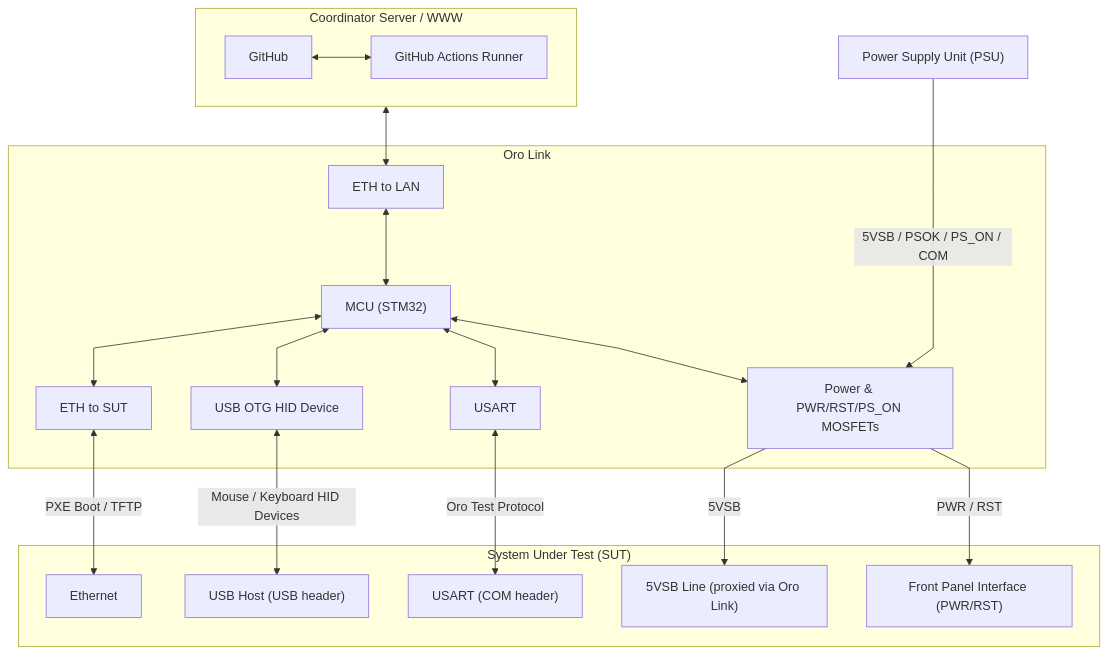
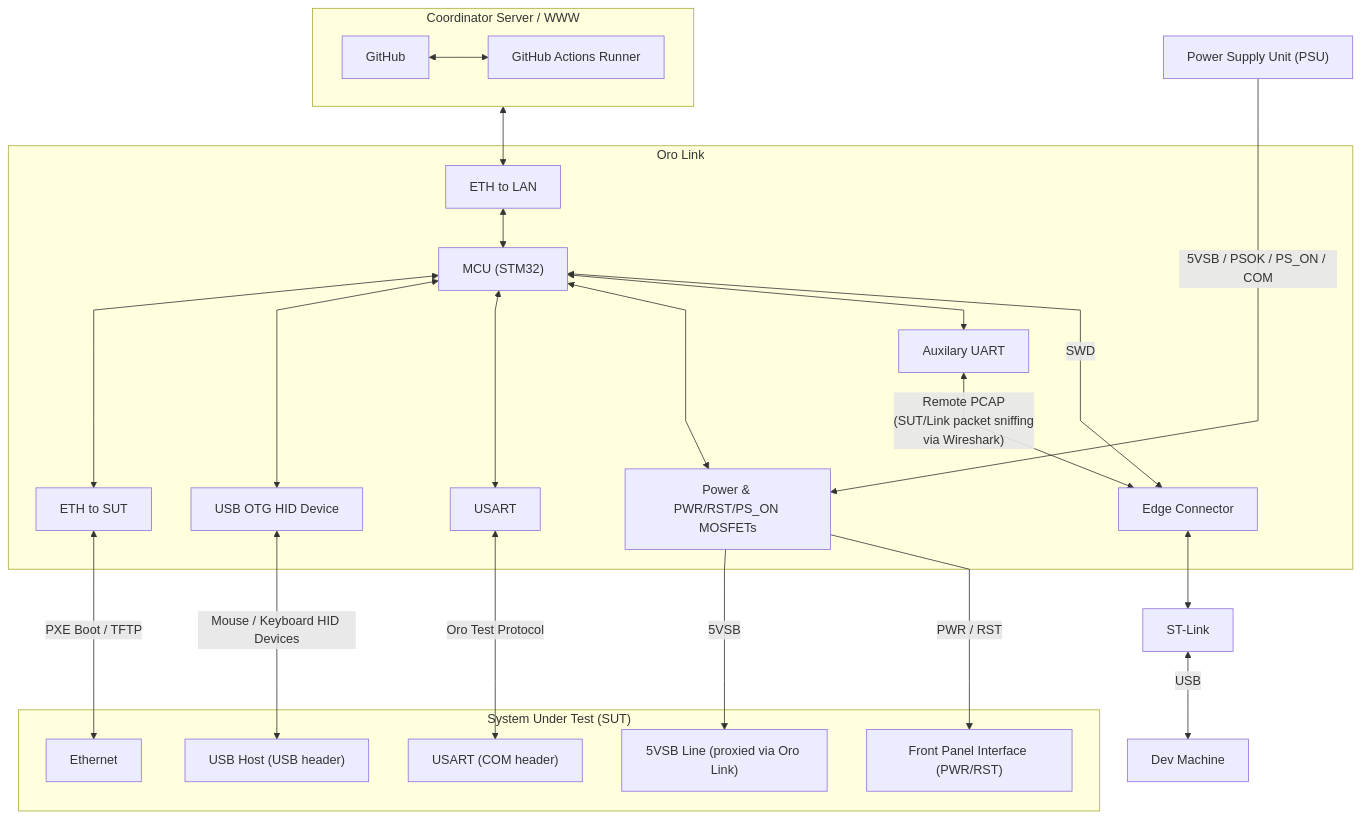
Before and after one commit to oro-os/link: the diagram in README.md, drawn with Mermaid. The commit also changed other lines of this file, not shown here.

````diff
--- a/README.md
+++ b/README.md
@@ -44,43 +49,52 @@
 ```mermaid
 %%{ init: { 'flowchart': { 'curve': 'linear' } } }%%
 flowchart TD
     subgraph "Oro Link"
        linkmcu["MCU (STM32)"]
        linksyseth["ETH to SUT"]
        linkexteth["ETH to LAN"]
        linkusb["USB OTG HID Device"]
        linkusart["USART"]
        linkfp["Power & PWR/RST/PS_ON MOSFETs"]
+       linkecon["Edge Connector"]
+       linkauxuart["Auxilary UART"]
 
        linkmcu<-->linksyseth
        linkexteth<-->linkmcu
        linkmcu<-->linkusb
        linkmcu<-->linkusart
-       linkmcu<-->linkfp
+       linkmcu<--->linkfp
+       linkmcu<-->linkauxuart
+       linkmcu<-->|SWD|linkecon
+       linkauxuart<-->|"Remote PCAP\n(SUT/Link packet sniffing\nvia Wireshark)"|linkecon
     end
 
     subgraph "System Under Test (SUT)"
         sutusb["USB Host (USB header)"]
         suteth["Ethernet"]
         sutfp["Front Panel Interface (PWR/RST)"]
         sutusart["USART (COM header)"]
         sut5vsb["5VSB Line (proxied via Oro Link)"]
     end
 
     subgraph "Coordinator Server / WWW"
         direction LR
         gr[GitHub Actions Runner]
         gh[GitHub]
         gh<-->gr
     end
 
     psu["Power Supply Unit (PSU)"]
+    stlink["ST-Link"]
+    devmachine["Dev Machine"]
 
-    psu---->|5VSB / PSOK / PS_ON / COM|linkfp
+    psu----->|5VSB / PSOK / PS_ON / COM|linkfp
     linkfp-->|5VSB|sut5vsb
     linksyseth<-->|PXE Boot / TFTP|suteth
     linkusb<-->|Mouse / Keyboard HID Devices|sutusb
     linkusart<-->|Oro Test Protocol|sutusart
-    linkfp-->|PWR / RST|sutfp
+    linkfp--->|PWR / RST|sutfp
     gr<-->linkexteth
+    linkecon<-->stlink
+    stlink<-->|USB|devmachine
 ```
````
